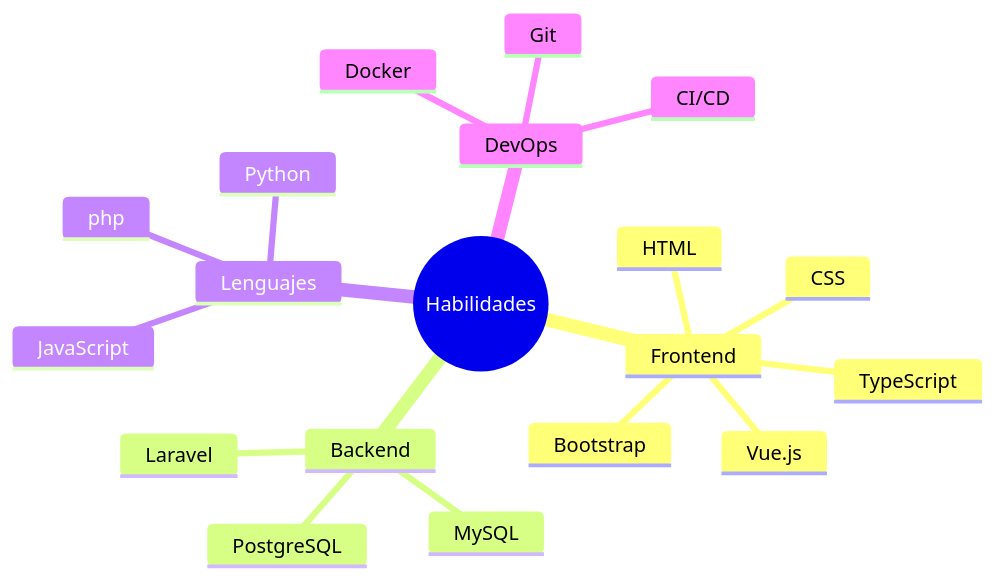
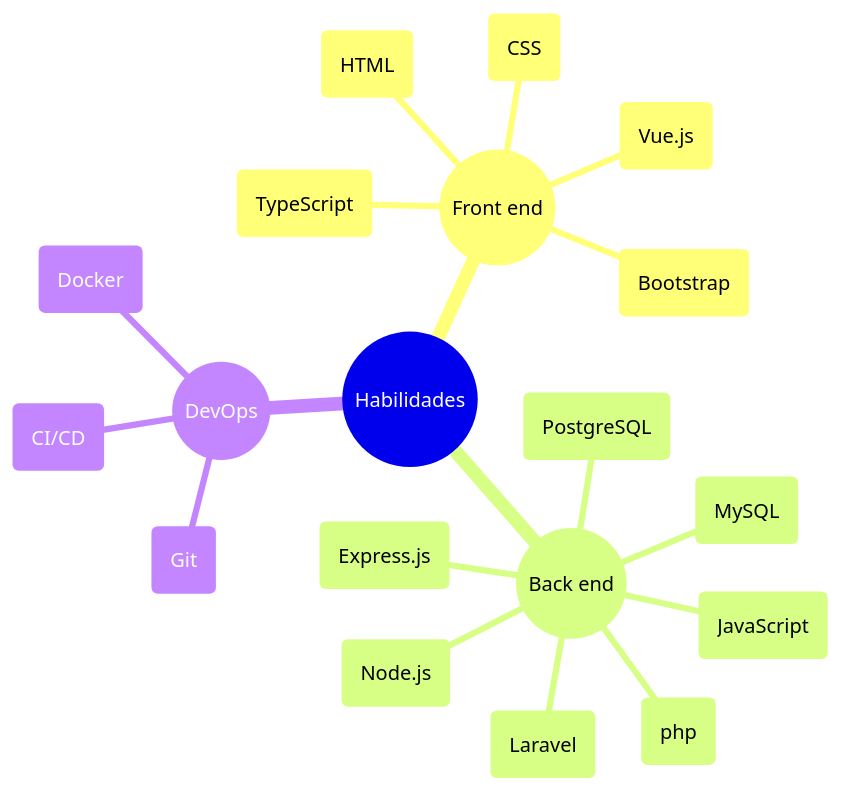
Before and after one commit to AlvaritoGSG/about: the diagram in readme.md, drawn with Mermaid. The commit also changed other lines of this file, not shown here.

Commit message:
counterUp

````diff
--- a/readme.md
+++ b/readme.md
@@ -13,22 +13,22 @@
 ```mermaid
 mindmap
   root((Habilidades))
-    Frontend
-      HTML
-      CSS
-      TypeScript
-      Vue.js
-      Bootstrap
-    Backend
-      Laravel
-      MySQL
-      PostgreSQL
-    Lenguajes
-      JavaScript
-      Python
-      php
-    DevOps
-      Git
-      CI/CD
-      Docker
+    ((Front end))
+      (HTML)
+      (CSS)
+      (TypeScript)
+      (Vue.js)
+      (Bootstrap)
+    ((Back end))
+      (Laravel)
+      (php)
+      (MySQL)
+      (PostgreSQL)
+      (JavaScript)
+      (Node.js)
+      (Express.js)
+    ((DevOps))
+      (Git)
+      (CI/CD)
+      (Docker)
 ```
````
